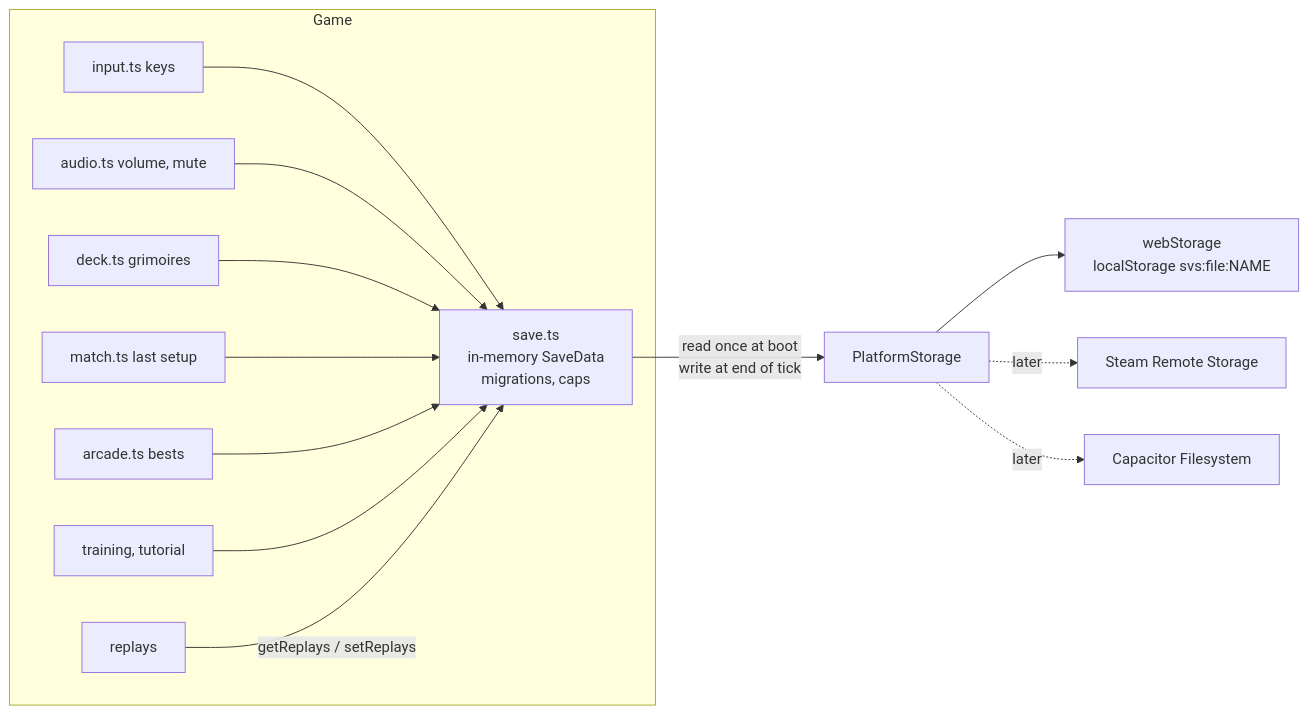
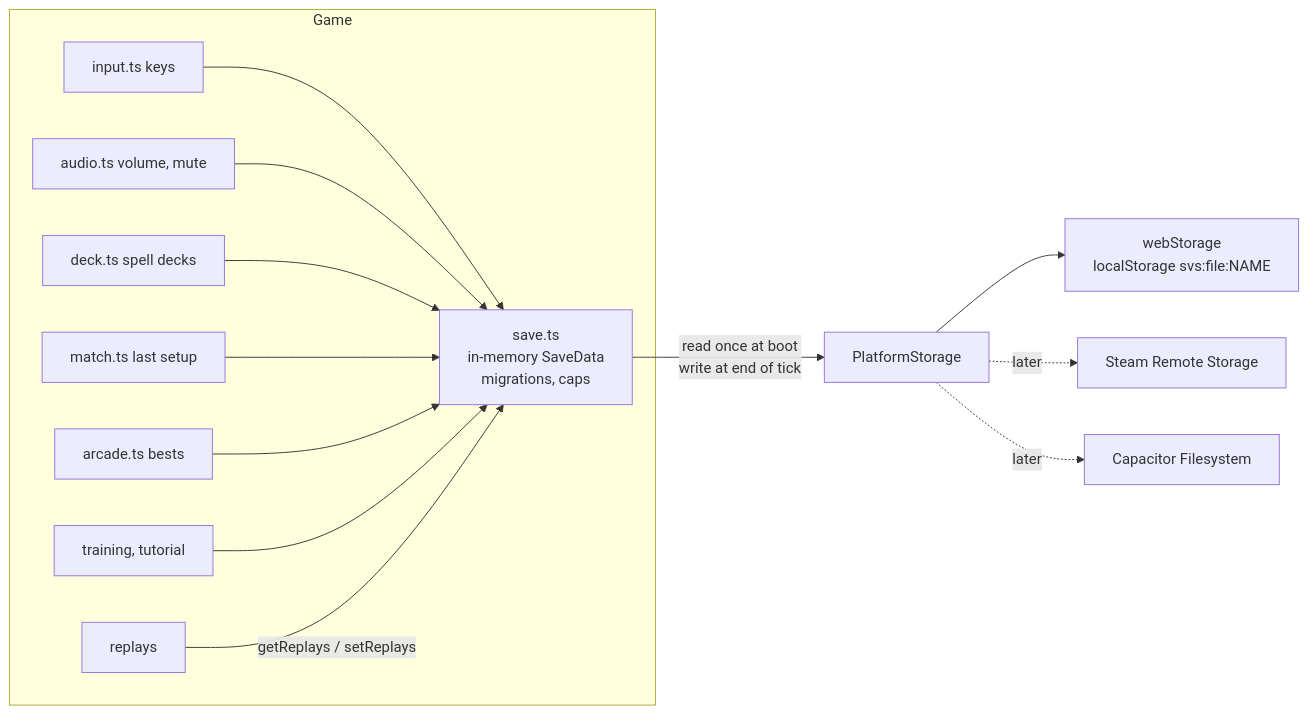
One commit to WesleyT4N/spell-vs-steel changed the first of 2 diagrams in docs/SAVES.md. Above: the diagram before and after it, drawn with Mermaid. The commit also changed other lines of this file and 16 other files, not shown here.

First line of the commit message:
Rename grimoire to spell deck everywhere; deck UI says spell deck

````diff
--- a/docs/SAVES.md
+++ b/docs/SAVES.md
@@ -6,16 +6,16 @@
 ```mermaid
 flowchart LR
   subgraph Game
     input[input.ts keys] --> S
     audio[audio.ts volume, mute] --> S
-    deck[deck.ts grimoires] --> S
+    deck[deck.ts spell decks] --> S
     match[match.ts last setup] --> S
     arcade[arcade.ts bests] --> S
     scenes[training, tutorial] --> S
     replays[replays] -->|getReplays / setReplays| S
   end
   S[save.ts<br/>in-memory SaveData<br/>migrations, caps] -->|read once at boot<br/>write at end of tick| P[PlatformStorage]
   P --> web[webStorage<br/>localStorage svs:file:NAME]
   P -.later.-> steam[Steam Remote Storage]
   P -.later.-> cap[Capacitor Filesystem]
 ```
````
